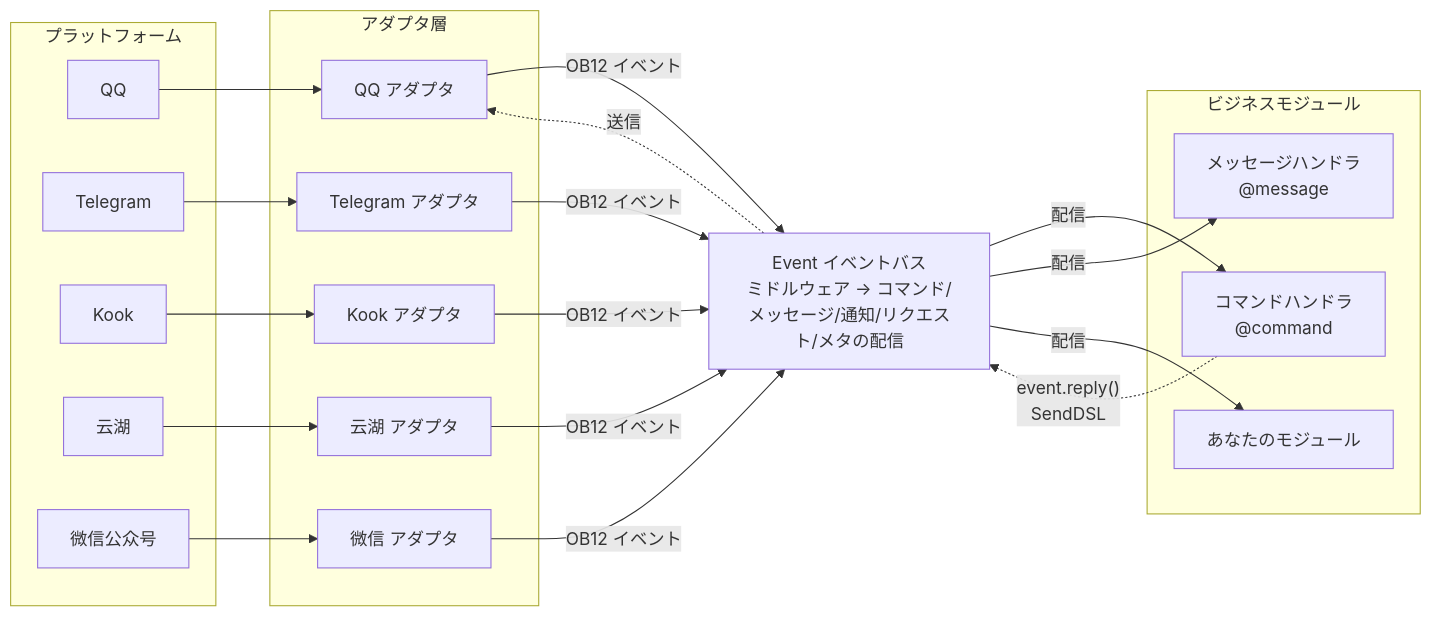
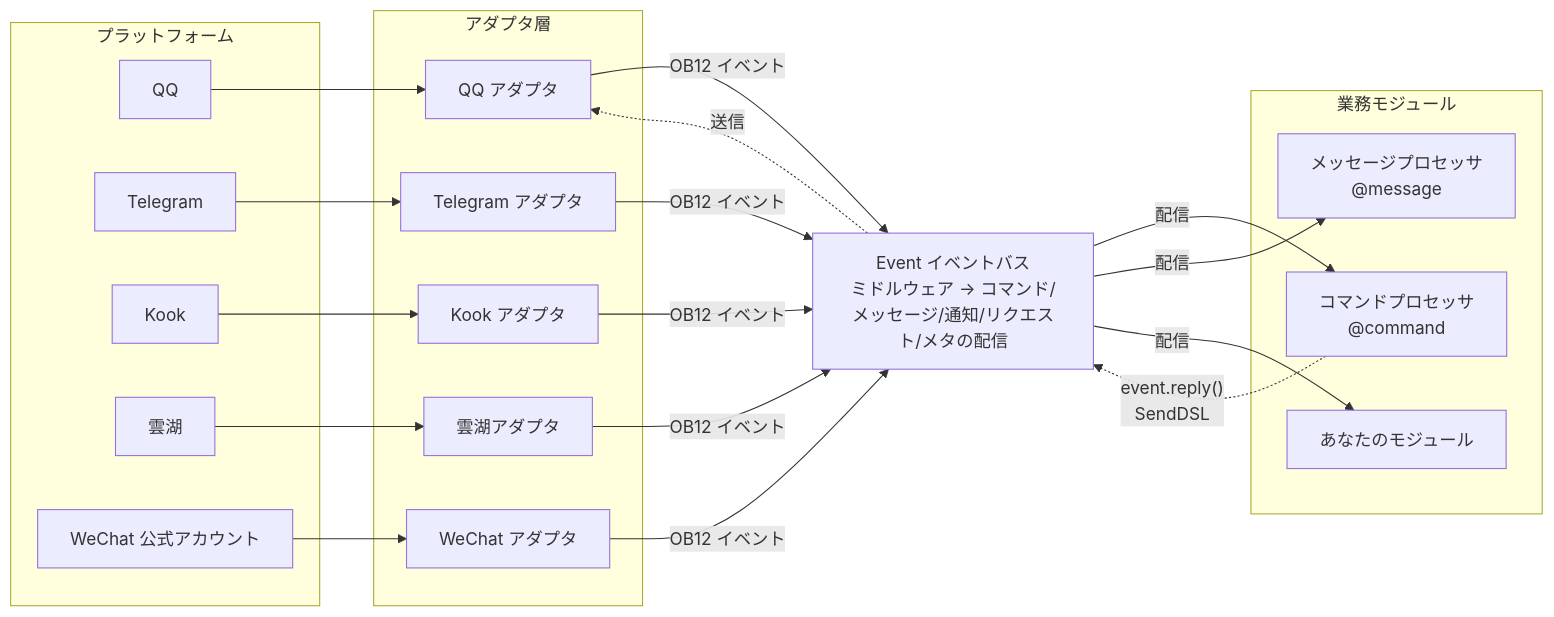
Before and after one commit to ErisPulse/ErisPulse: the first of 2 diagrams in README.ja.md, drawn with Mermaid. The commit also changed other lines of this file and 251 other files, not shown here.

````diff
--- a/README.ja.md
+++ b/README.ja.md
@@ -111,45 +117,45 @@
 ```mermaid
 graph LR
     subgraph Platforms[プラットフォーム]
         QQ["QQ"]
         TG["Telegram"]
         Kook["Kook"]
-        YH["云湖"]
-        WX["微信公众号"]
+        YH["雲湖"]
+        WX["WeChat 公式アカウント"]
     end
 
     subgraph Adapters[アダプタ層]
         A1["QQ アダプタ"]
         A2["Telegram アダプタ"]
         A3["Kook アダプタ"]
-        A4["云湖 アダプタ"]
-        A5["微信 アダプタ"]
+        A4["雲湖アダプタ"]
+        A5["WeChat アダプタ"]
     end
 
     Event["Event イベントバス<br/>ミドルウェア → コマンド/メッセージ/通知/リクエスト/メタの配信"]
 
-    subgraph Modules[ビジネスモジュール]
-        M1["コマンドハンドラ<br/>@command"]
-        M2["メッセージハンドラ<br/>@message"]
+    subgraph Modules[業務モジュール]
+        M1["コマンドプロセッサ<br/>@command"]
+        M2["メッセージプロセッサ<br/>@message"]
         M3["あなたのモジュール"]
     end
 
     QQ --> A1
     TG --> A2
     Kook --> A3
     YH --> A4
     WX --> A5
 
     A1 -->|"OB12 イベント"| Event
     A2 -->|"OB12 イベント"| Event
     A3 -->|"OB12 イベント"| Event
     A4 -->|"OB12 イベント"| Event
     A5 -->|"OB12 イベント"| Event
 
     Event -->|"配信"| M1
     Event -->|"配信"| M2
     Event -->|"配信"| M3
 
     M1 -.->|"event.reply()<br/>SendDSL"| Event
     Event -.->|"送信"| A1
 ```
````
